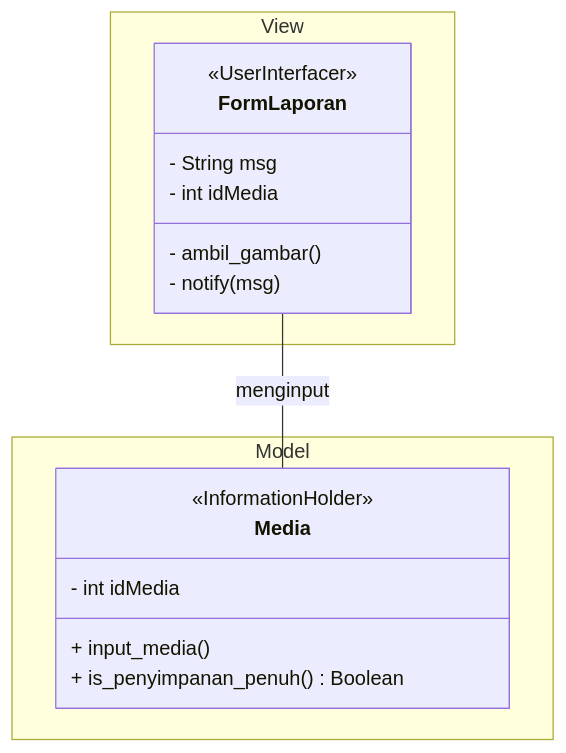
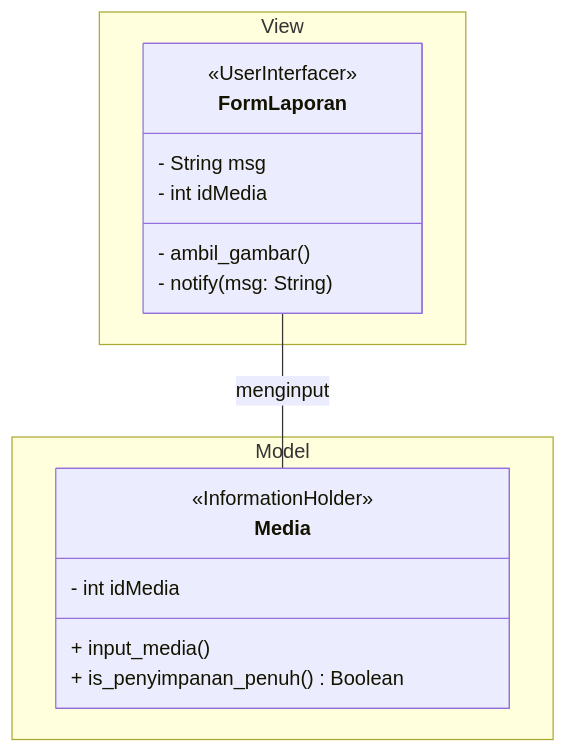
The ninth of 28 diagrams in docs/M7/K03_G02_DPPL.md (star-scripter/IF2150-RPL-K03-G02), drawn with Mermaid before and after one commit. The commit also changed other lines of this file, not shown here.

````diff
--- a/docs/M7/K03_G02_DPPL.md
+++ b/docs/M7/K03_G02_DPPL.md
@@ -530,21 +534,21 @@
 ```mermaid
 classDiagram
     namespace View {
         class FormLaporan {
             <<UserInterfacer>>
             - String msg
             - int idMedia
             - ambil_gambar()
-            - notify(msg)
+            - notify(msg: String)
         }
     }
     namespace Model {
         class Media {
             <<InformationHolder>>
             - int idMedia
             + input_media()
             + is_penyimpanan_penuh() Boolean
         }
     }
     FormLaporan -- Media: menginput
 ```
````
